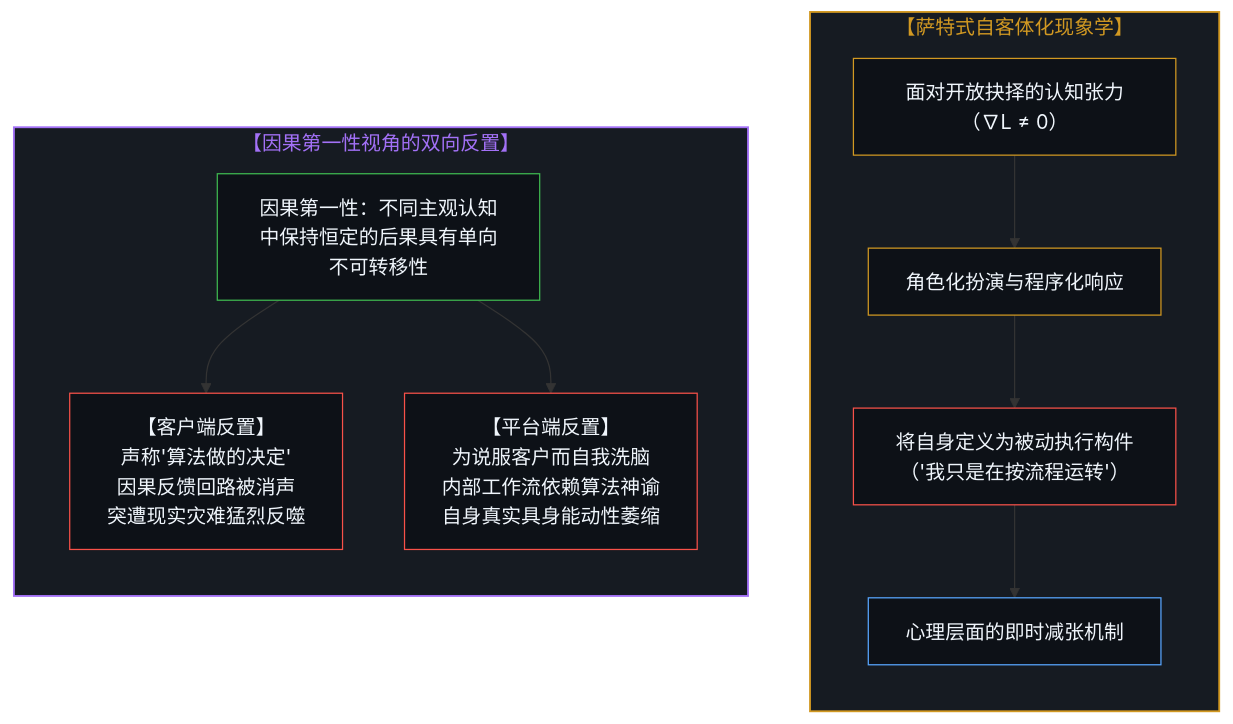
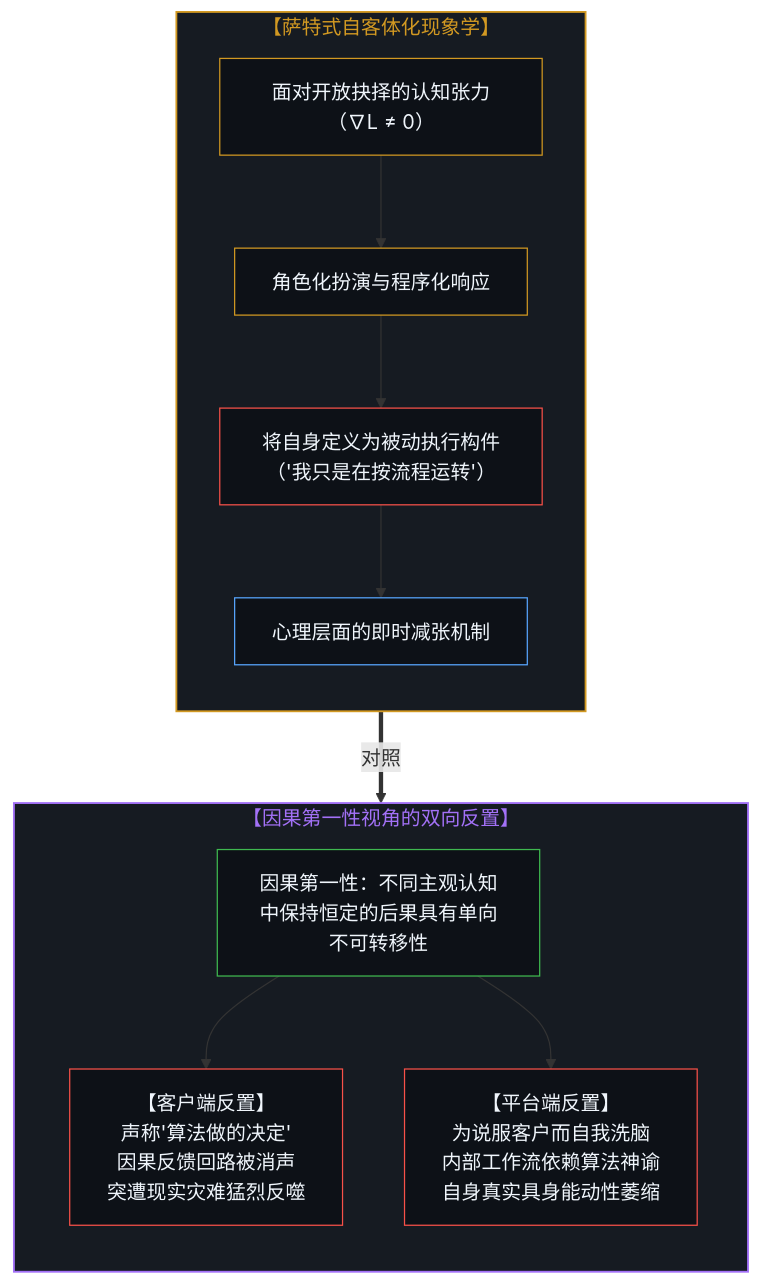
Before and after one commit to powerpig99/not-a-toe: the seventh of 12 diagrams in content/posts/the-delegation-of-the-task-and-the-inalienability-of-consequences.md, drawn with Mermaid. The commit also changed other lines of this file and 2 other files, not shown here.

Commit message:
Delegation essay: interleave bilingual paragraphs, vertical diagrams; reverse link to The Comment Is Not the Code

````diff
--- a/content/posts/the-delegation-of-the-task-and-the-inalienability-of-consequences.md
+++ b/content/posts/the-delegation-of-the-task-and-the-inalienability-of-consequences.md
@@ -231,26 +241,28 @@
 ```mermaid
 graph TD
     subgraph Sartrean_Phenomenology["【萨特式自客体化现象学】"]
         direction TB
         S1["面对开放抉择的认知张力（∇L ≠ 0）"] --> S2["角色化扮演与程序化响应"]
         S2 --> S3["将自身定义为被动执行构件（'我只是在按流程运转'）"]
         S3 --> S4["心理层面的即时减张机制"]
     end
 
     subgraph Causal_First_Principles["【因果第一性视角的双向反置】"]
         direction TB
         C_Origin["因果第一性：不同主观认知中保持恒定的后果具有单向不可转移性"]
         C_Origin --> B_Client["【客户端反置】<br/>声称'算法做的决定'<br/>因果反馈回路被消声<br/>突遭现实灾难猛烈反噬"]
         C_Origin --> B_Platform["【平台端反置】<br/>为说服客户而自我洗脑<br/>内部工作流依赖算法神谕<br/>自身真实具身能动性萎缩"]
     end
 
+    Sartrean_Phenomenology ==>|"对照"| Causal_First_Principles
+
     style Sartrean_Phenomenology fill:#161b22,stroke:#d29922,stroke-width:1.5px,color:#d29922
     style Causal_First_Principles fill:#161b22,stroke:#a371f7,stroke-width:1.5px,color:#a371f7
     style S1 fill:#0d1117,stroke:#d29922,stroke-width:1px,color:#f0f6fc
     style S2 fill:#0d1117,stroke:#d29922,stroke-width:1px,color:#f0f6fc
     style S3 fill:#0d1117,stroke:#f85149,stroke-width:1px,color:#f0f6fc
     style S4 fill:#0d1117,stroke:#58a6ff,stroke-width:1px,color:#f0f6fc
     style C_Origin fill:#0d1117,stroke:#3fb950,stroke-width:1px,color:#f0f6fc
     style B_Client fill:#0d1117,stroke:#f85149,stroke-width:1px,color:#f0f6fc
     style B_Platform fill:#0d1117,stroke:#f85149,stroke-width:1px,color:#f0f6fc
 ```
````
